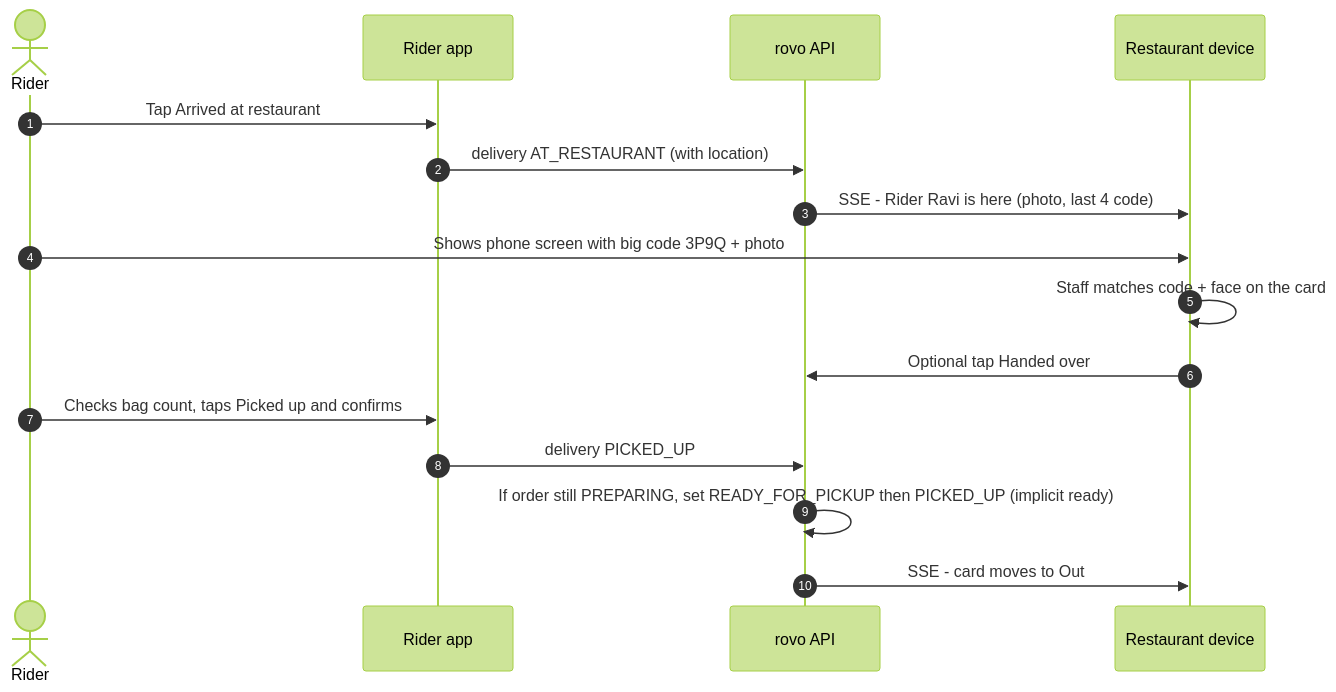
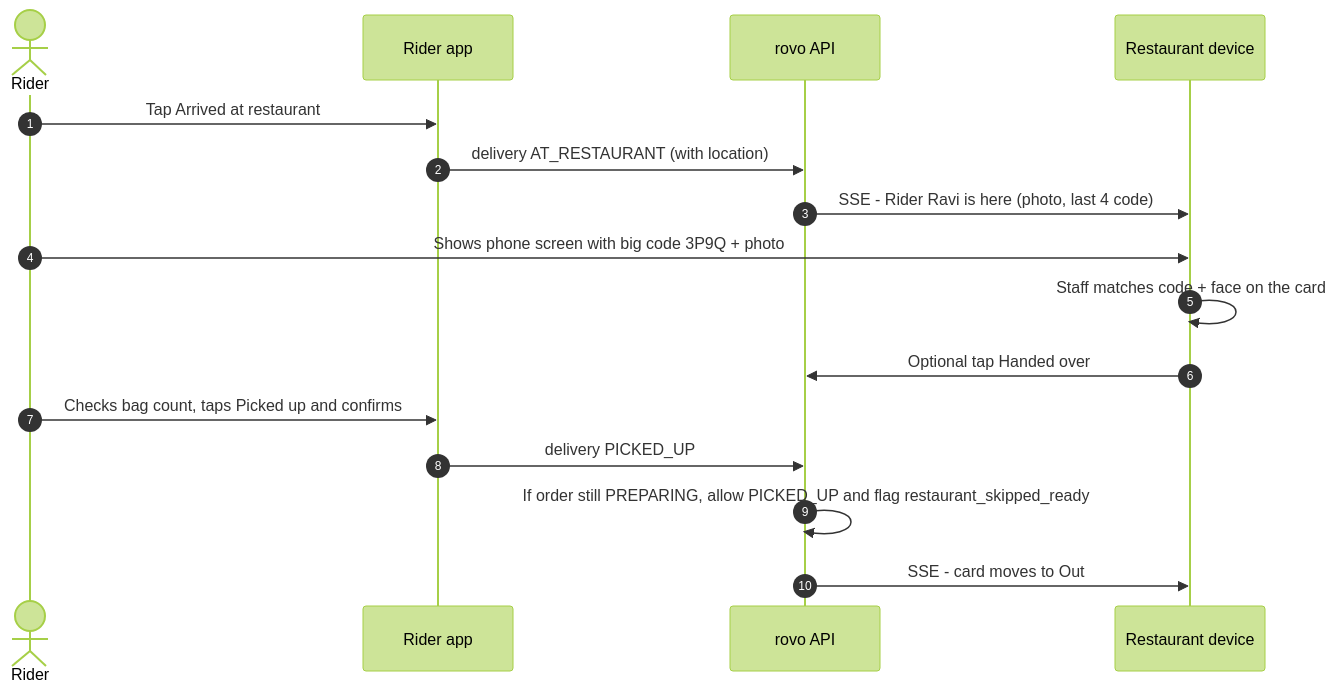
One commit to storetmobiles2-code/rovo changed the third of 3 diagrams in docs/planning/05-restaurant-workflow.md. Above: the diagram before and after it, drawn with Mermaid (forest theme). The commit also changed other lines of this file and 11 other files, not shown here.

````diff
--- a/docs/planning/05-restaurant-workflow.md
+++ b/docs/planning/05-restaurant-workflow.md
@@ -222,18 +234,18 @@
 ```mermaid
 sequenceDiagram
     autonumber
     actor Rd as Rider
     participant RApp as Rider app
     participant API as rovo API
     participant Dev as Restaurant device
     Rd->>RApp: Tap Arrived at restaurant
     RApp->>API: delivery AT_RESTAURANT (with location)
     API->>Dev: SSE - Rider Ravi is here (photo, last 4 code)
     Rd->>Dev: Shows phone screen with big code 3P9Q + photo
     Dev->>Dev: Staff matches code + face on the card
     Dev->>API: Optional tap Handed over
     Rd->>RApp: Checks bag count, taps Picked up and confirms
     RApp->>API: delivery PICKED_UP
-    API->>API: If order still PREPARING, set READY_FOR_PICKUP then PICKED_UP (implicit ready)
+    API->>API: If order still PREPARING, allow PICKED_UP and flag restaurant_skipped_ready
     API->>Dev: SSE - card moves to Out
 ```
````
